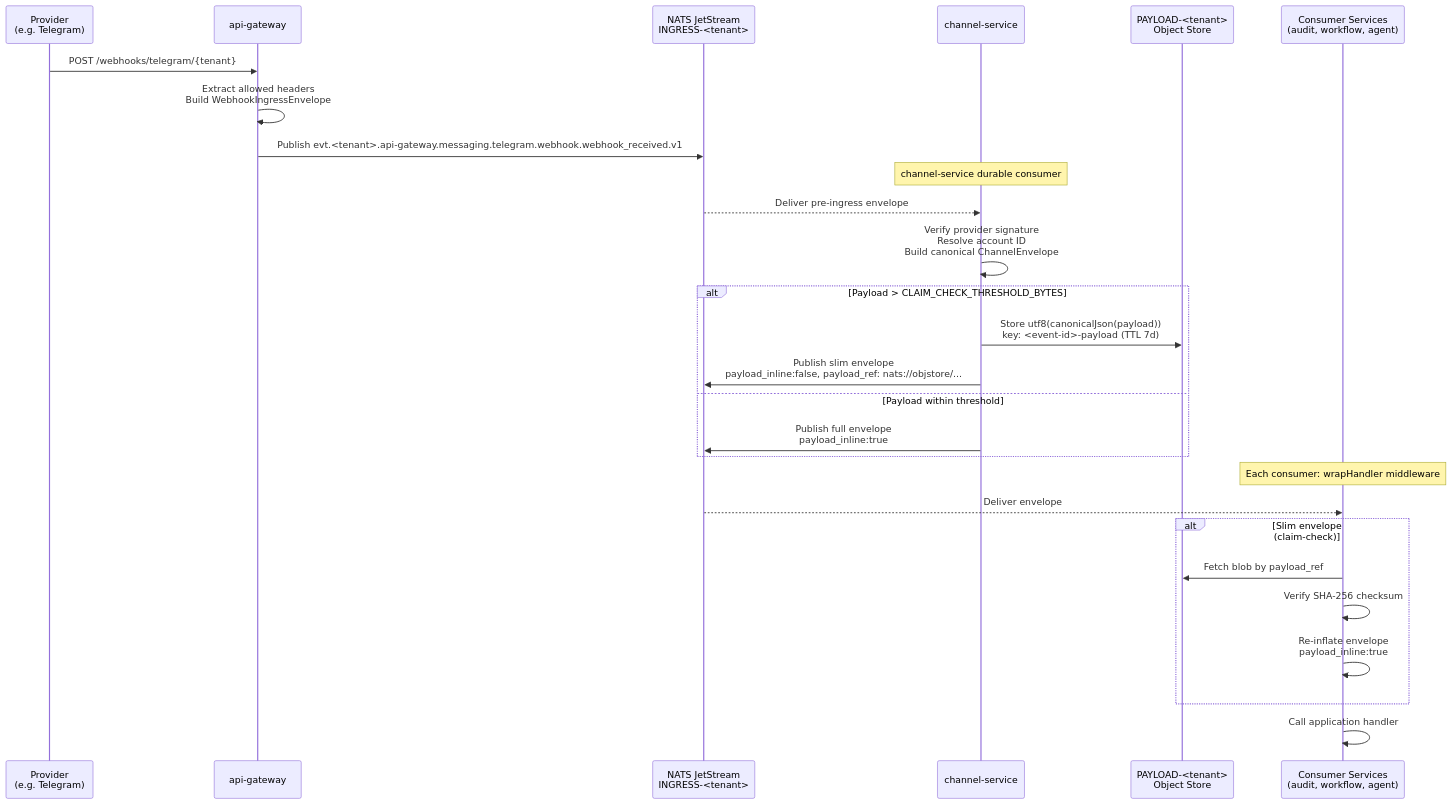
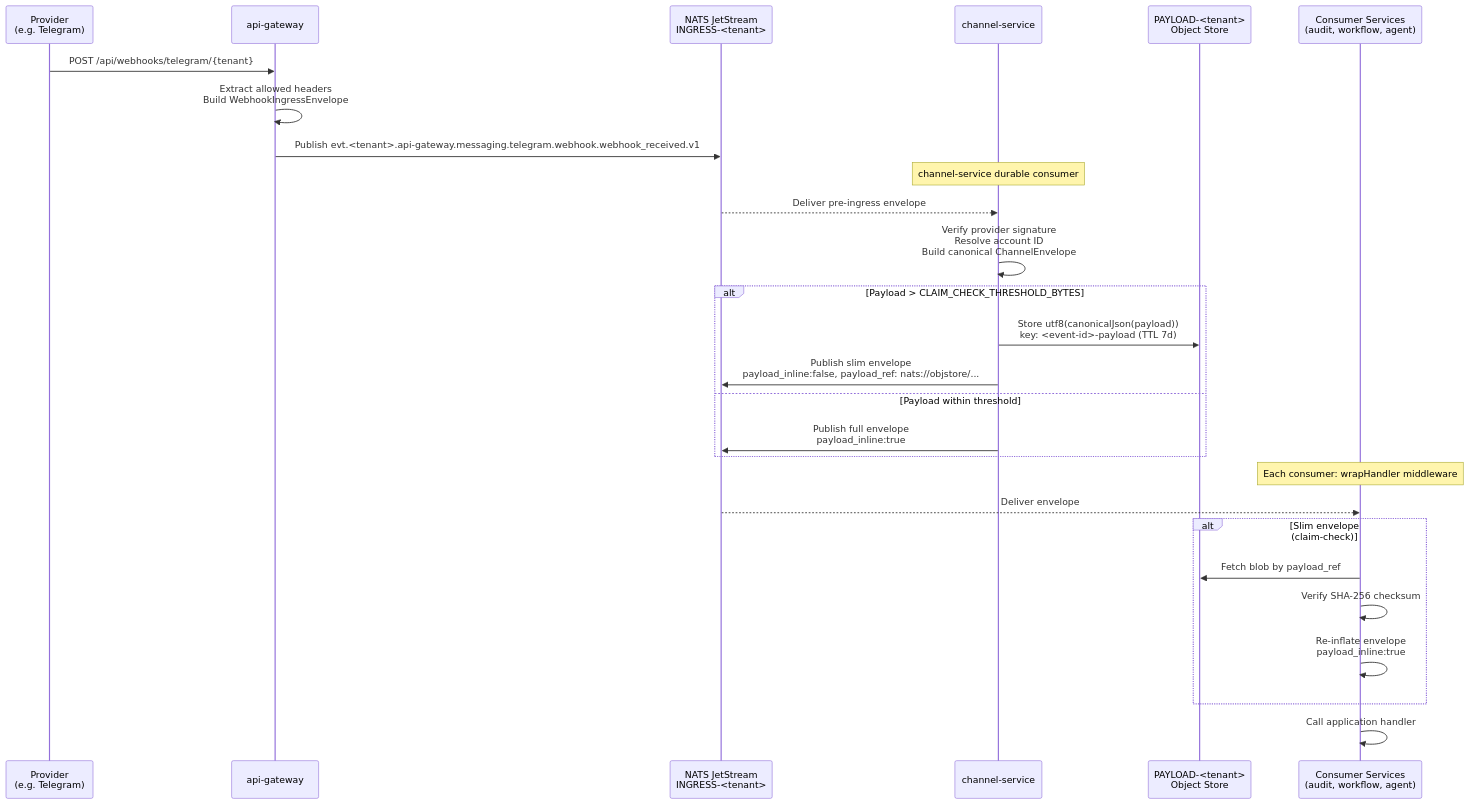
Before and after one commit to ccarnero/colloqui: diagram 20 of 20 in DOCS/architecture/overview.md, drawn with Mermaid. The commit also changed other lines of this file and 12 other files, not shown here.

First line of the commit message:
docs(audit): T02 messaging+architecture vs code — 11 fixed, 2 true

````diff
--- a/DOCS/architecture/overview.md
+++ b/DOCS/architecture/overview.md
@@ -1122,33 +1169,33 @@
 ```mermaid
 sequenceDiagram
     participant P as Provider<br/>(e.g. Telegram)
     participant GW as api-gateway
     participant NATS as NATS JetStream<br/>INGRESS-<tenant>
     participant CS as channel-service
     participant OBJ as PAYLOAD-<tenant><br/>Object Store
     participant CONS as Consumer Services<br/>(audit, workflow, agent)
 
-    P->>GW: POST /webhooks/telegram/{tenant}
+    P->>GW: POST /api/webhooks/telegram/{tenant}
     GW->>GW: Extract allowed headers<br/>Build WebhookIngressEnvelope
     GW->>NATS: Publish evt.<tenant>.api-gateway.messaging.telegram.webhook.webhook_received.v1
 
     Note over CS: channel-service durable consumer
     NATS-->>CS: Deliver pre-ingress envelope
     CS->>CS: Verify provider signature<br/>Resolve account ID<br/>Build canonical ChannelEnvelope
 
     alt Payload > CLAIM_CHECK_THRESHOLD_BYTES
         CS->>OBJ: Store utf8(canonicalJson(payload))<br/>key: <event-id>-payload (TTL 7d)
         CS->>NATS: Publish slim envelope<br/>payload_inline:false, payload_ref: nats://objstore/...
     else Payload within threshold
         CS->>NATS: Publish full envelope<br/>payload_inline:true
     end
 
     Note over CONS: Each consumer: wrapHandler middleware
     NATS-->>CONS: Deliver envelope
     alt Slim envelope (claim-check)
         CONS->>OBJ: Fetch blob by payload_ref
         CONS->>CONS: Verify SHA-256 checksum
         CONS->>CONS: Re-inflate envelope<br/>payload_inline:true
     end
     CONS->>CONS: Call application handler
 ```
````
